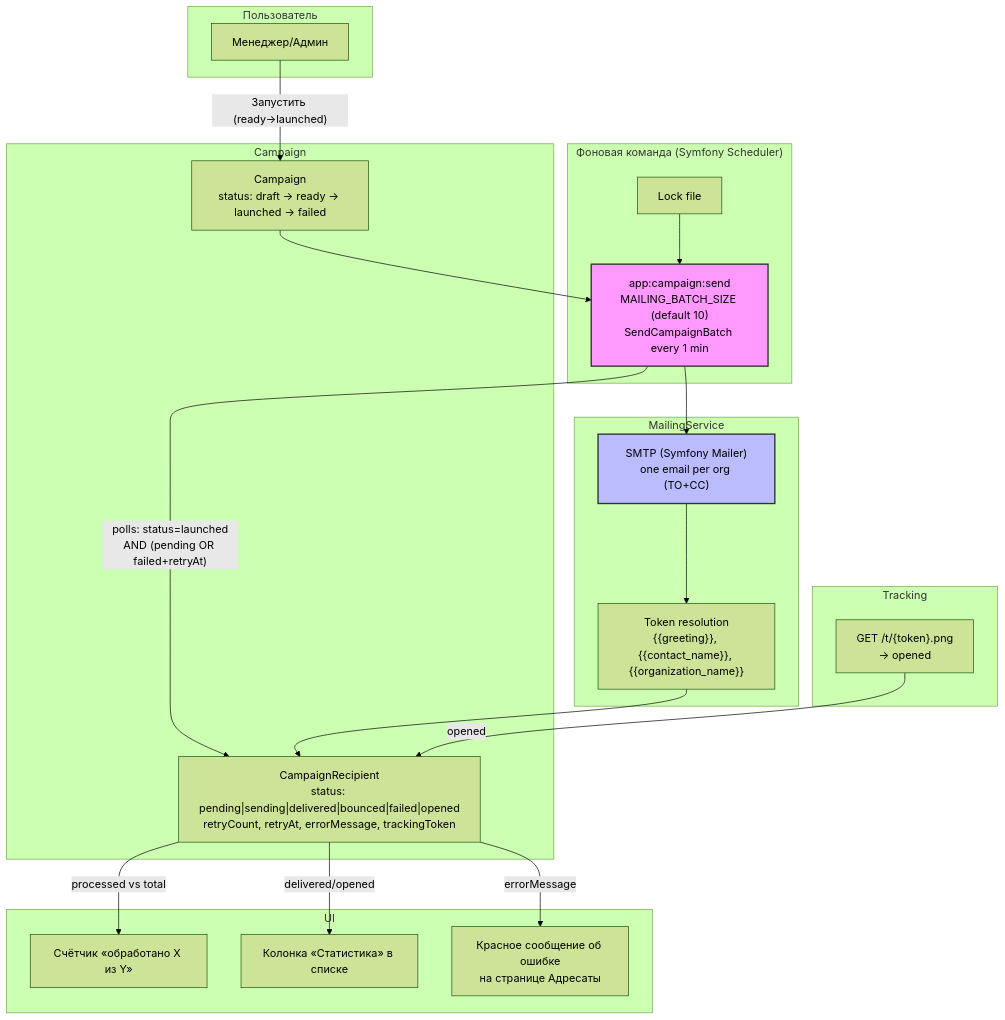
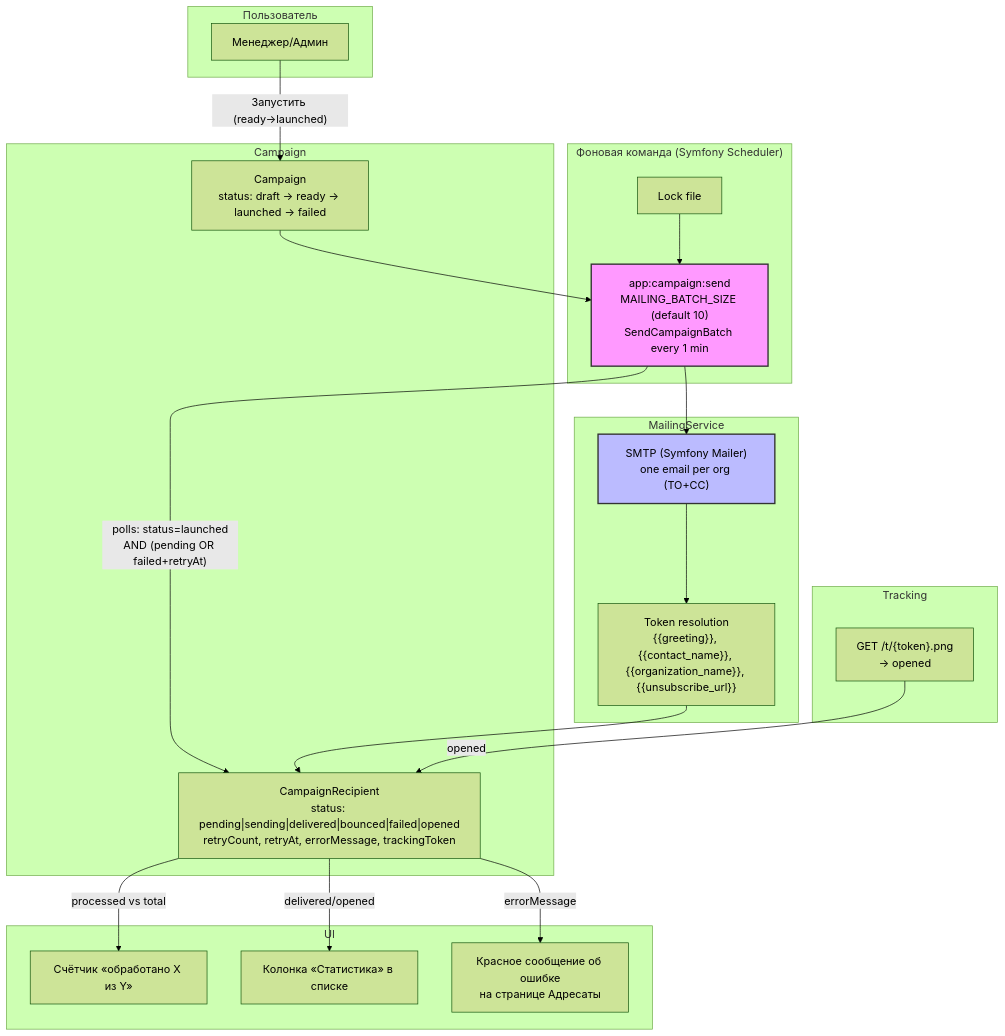
Before and after one commit to AliakseiBurak/crm-one: the second of 4 diagrams in openspec/design/er.md, drawn with Mermaid (forest theme). The commit also changed other lines of this file and 26 other files, not shown here.

````diff
--- a/openspec/design/er.md
+++ b/openspec/design/er.md
@@ -195,46 +200,46 @@
 ```mermaid
 flowchart TB
     subgraph User ["Пользователь"]
         U["Менеджер/Админ"]
     end
 
     subgraph Campaign ["Campaign"]
         C["Campaign<br/>status: draft → ready → launched → failed"]
         CR["CampaignRecipient<br/>status: pending|sending|delivered|bounced|failed|opened<br/>retryCount, retryAt, errorMessage, trackingToken"]
     end
 
     subgraph Worker ["Фоновая команда (Symfony Scheduler)"]
         W["app:campaign:send<br/>MAILING_BATCH_SIZE (default 10)<br/>SendCampaignBatch every 1 min"]
         L["Lock file"]
     end
 
     subgraph Mailing ["MailingService"]
         MS["SMTP (Symfony Mailer)<br/>one email per org (TO+CC)"]
-        T["Token resolution<br/>{{greeting}}, {{contact_name}}, {{organization_name}}"]
+        T["Token resolution<br/>{{greeting}}, {{contact_name}}, {{organization_name}}, {{unsubscribe_url}}"]
     end
 
     subgraph UI ["UI"]
         PROGRESS["Счётчик «обработано X из Y»"]
         STATS["Колонка «Статистика» в списке"]
         ERRORS["Красное сообщение об ошибке<br/>на странице Адресаты"]
     end
 
     subgraph Tracking ["Tracking"]
         PIXEL["GET /t/{token}.png<br/>→ opened"]
     end
 
     U -->|"Запустить (ready→launched)"| C
     C --> W
     L --> W
     W -->|"polls: status=launched<br/>AND (pending OR failed+retryAt)"| CR
     W --> MS
     MS --> T
     T --> CR
     CR -->|"delivered/opened"| STATS
     CR -->|"processed vs total"| PROGRESS
     CR -->|"errorMessage"| ERRORS
     PIXEL -->|"opened"| CR
 
     style W fill:#f9f,stroke:#333,stroke-width:2px
     style MS fill:#bbf,stroke:#333,stroke-width:2px
 ```
````
